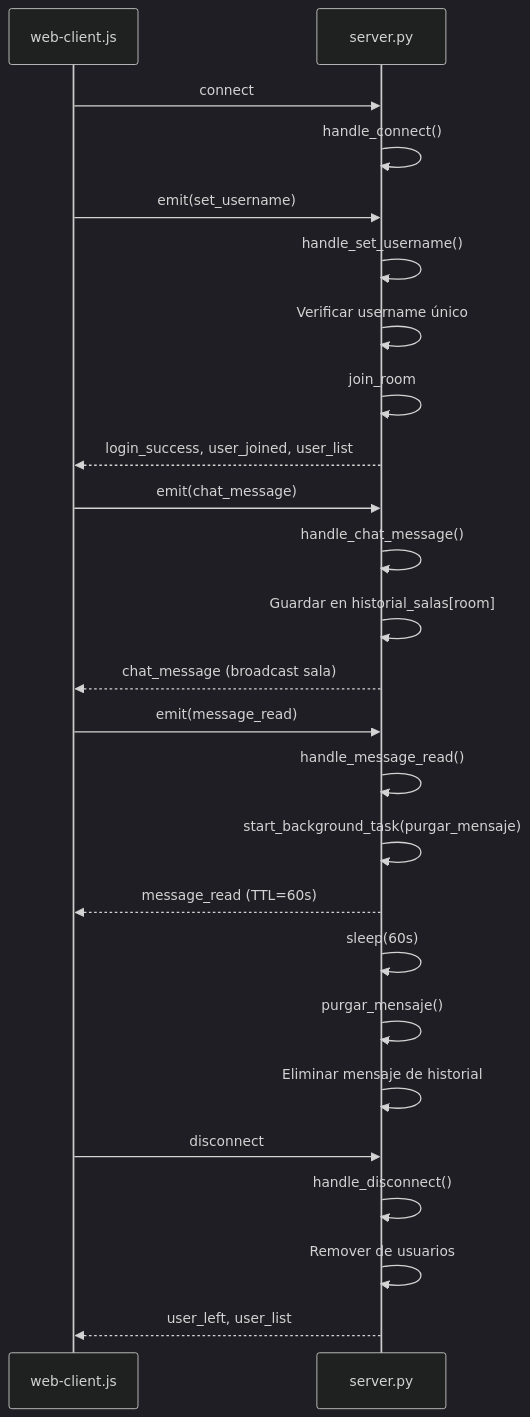
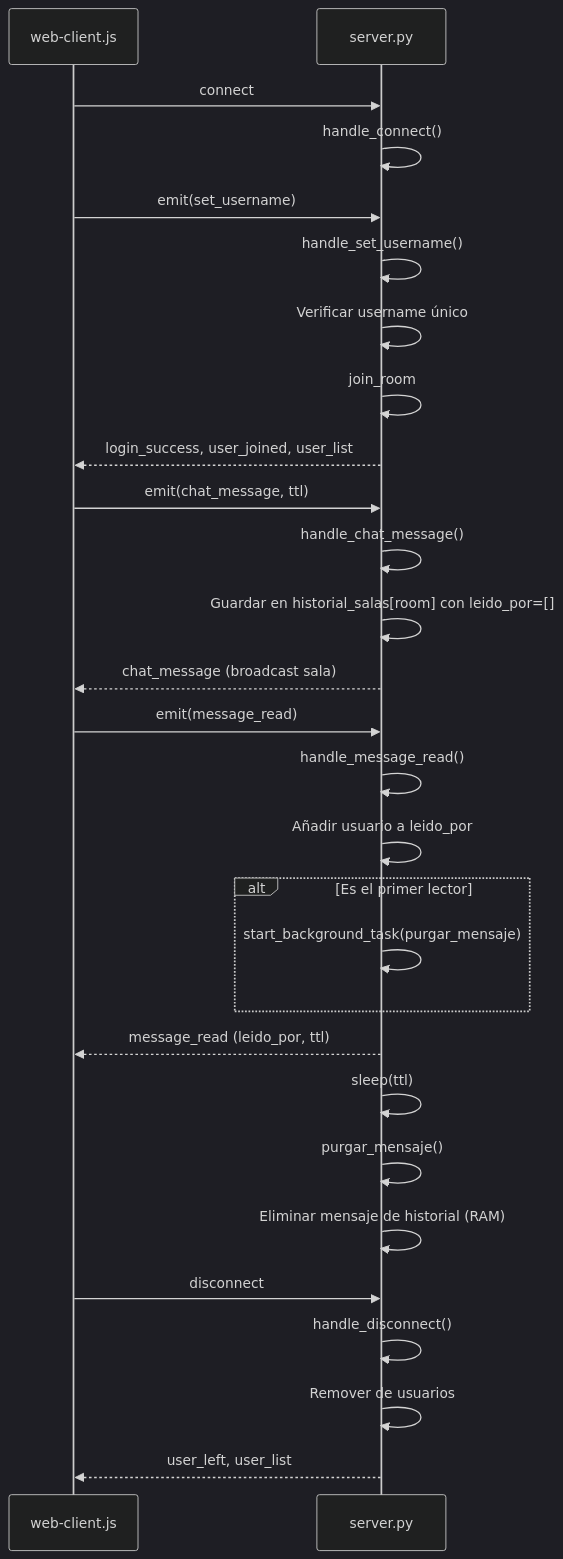
Before and after one commit to gamurigm/practica3: the third of 3 diagrams in README.MD, drawn with Mermaid (dark theme). The commit also changed other lines of this file, not shown here.

Commit message:
docs: actualiza diagramas mermaid con logica de leido_por y TTL individual

````diff
--- a/README.MD
+++ b/README.MD
@@ -256,33 +259,36 @@
 ```mermaid
 sequenceDiagram
     participant C as web-client.js
     participant S as server.py
 
     C->>S: connect
     S->>S: handle_connect()
     
     C->>S: emit(set_username)
     S->>S: handle_set_username()
     S->>S: Verificar username único
     S->>S: join_room
     S-->>C: login_success, user_joined, user_list
     
-    C->>S: emit(chat_message)
+    C->>S: emit(chat_message, ttl)
     S->>S: handle_chat_message()
-    S->>S: Guardar en historial_salas[room]
+    S->>S: Guardar en historial_salas[room] con leido_por=[]
     S-->>C: chat_message (broadcast sala)
     
     C->>S: emit(message_read)
     S->>S: handle_message_read()
-    S->>S: start_background_task(purgar_mensaje)
-    S-->>C: message_read (TTL=60s)
+    S->>S: Añadir usuario a leido_por
+    alt Es el primer lector
+        S->>S: start_background_task(purgar_mensaje)
+    end
+    S-->>C: message_read (leido_por, ttl)
     
-    S->>S: sleep(60s)
+    S->>S: sleep(ttl)
     S->>S: purgar_mensaje()
-    S->>S: Eliminar mensaje de historial
+    S->>S: Eliminar mensaje de historial (RAM)
     
     C->>S: disconnect
     S->>S: handle_disconnect()
     S->>S: Remover de usuarios
     S-->>C: user_left, user_list
 ```
````
